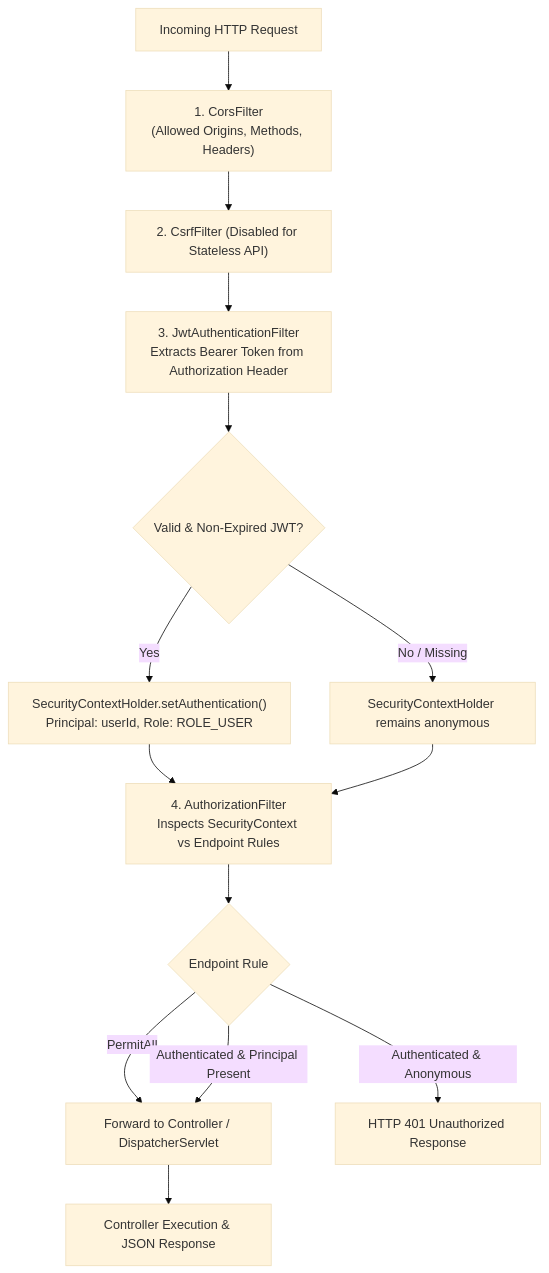
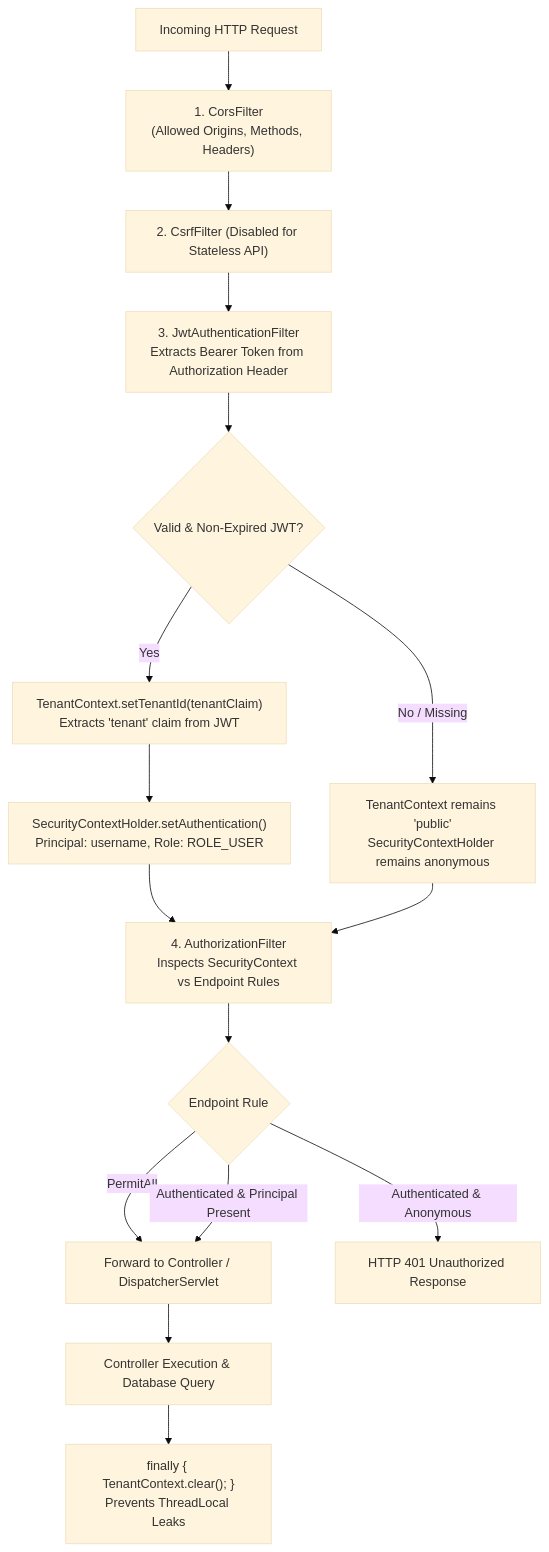
The first of 3 diagrams in docs/security-architecture.md (firojm57/mio-wealth), drawn with Mermaid (base theme) before and after one commit. The commit also changed other lines of this file and 49 other files, not shown here.

````diff
--- a/docs/security-architecture.md
+++ b/docs/security-architecture.md
@@ -11,22 +11,24 @@
 ```mermaid
 graph TD
     ClientReq["Incoming HTTP Request"] --> CorsF["1. CorsFilter<br/>(Allowed Origins, Methods, Headers)"]
     CorsF --> CsrfF["2. CsrfFilter (Disabled for Stateless API)"]
     CsrfF --> JwtF["3. JwtAuthenticationFilter<br/>Extracts Bearer Token from Authorization Header"]
 
     JwtF --> TokenCheck{Valid & Non-Expired JWT?}
 
-    TokenCheck -->|Yes| SetContext["SecurityContextHolder.setAuthentication()<br/>Principal: userId, Role: ROLE_USER"]
-    TokenCheck -->|No / Missing| NoAuth["SecurityContextHolder remains anonymous"]
+    TokenCheck -->|Yes| SetTenant["TenantContext.setTenantId(tenantClaim)<br/>Extracts 'tenant' claim from JWT"]
+    SetTenant --> SetContext["SecurityContextHolder.setAuthentication()<br/>Principal: username, Role: ROLE_USER"]
+    TokenCheck -->|No / Missing| NoAuth["TenantContext remains 'public'<br/>SecurityContextHolder remains anonymous"]
 
     SetContext --> AuthFilter["4. AuthorizationFilter<br/>Inspects SecurityContext vs Endpoint Rules"]
     NoAuth --> AuthFilter
 
     AuthFilter --> MatchRules{Endpoint Rule}
 
     MatchRules -->|PermitAll| Dispatch["Forward to Controller / DispatcherServlet"]
     MatchRules -->|Authenticated & Principal Present| Dispatch
     MatchRules -->|Authenticated & Anonymous| Reject401["HTTP 401 Unauthorized Response"]
 
-    Dispatch --> ControllerResponse["Controller Execution & JSON Response"]
+    Dispatch --> ControllerResponse["Controller Execution & Database Query"]
+    ControllerResponse --> FinallyClear["finally { TenantContext.clear(); }<br/>Prevents ThreadLocal Leaks"]
 ```
````
